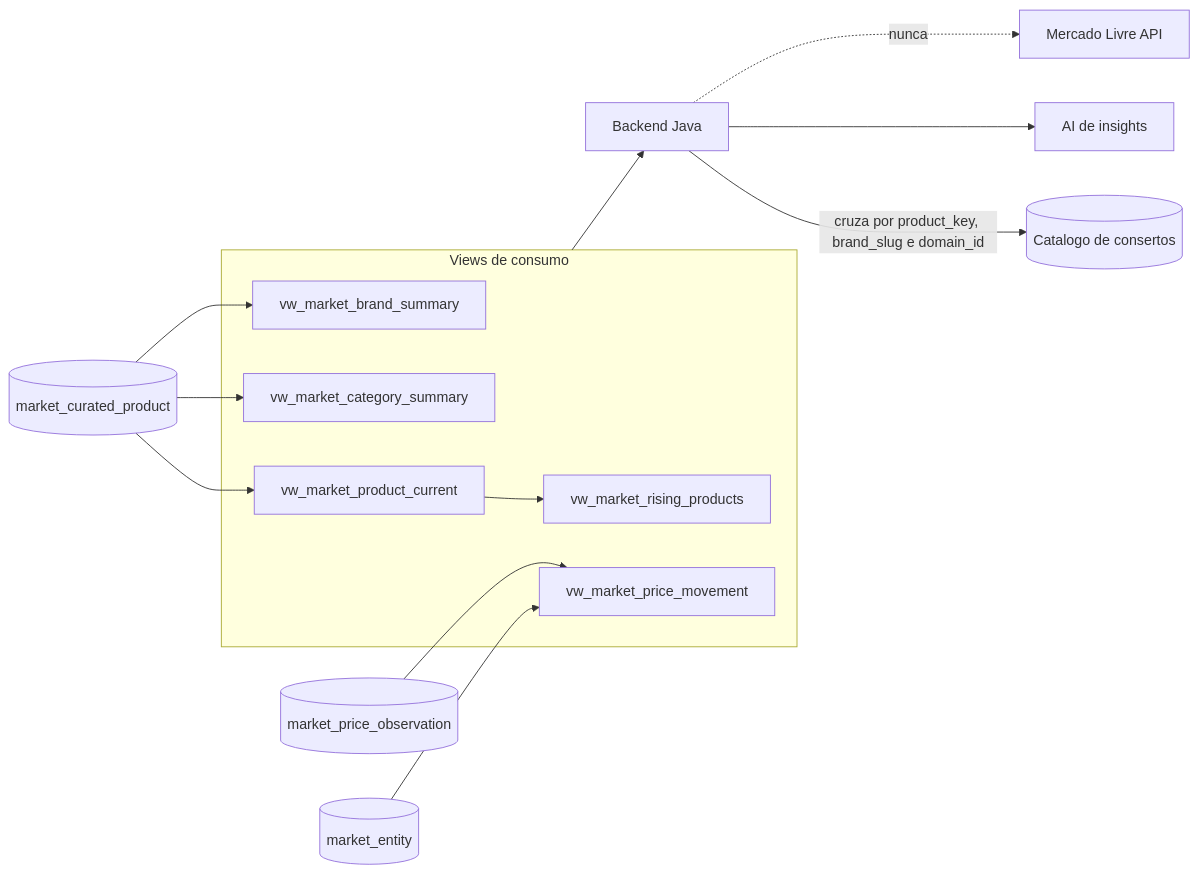
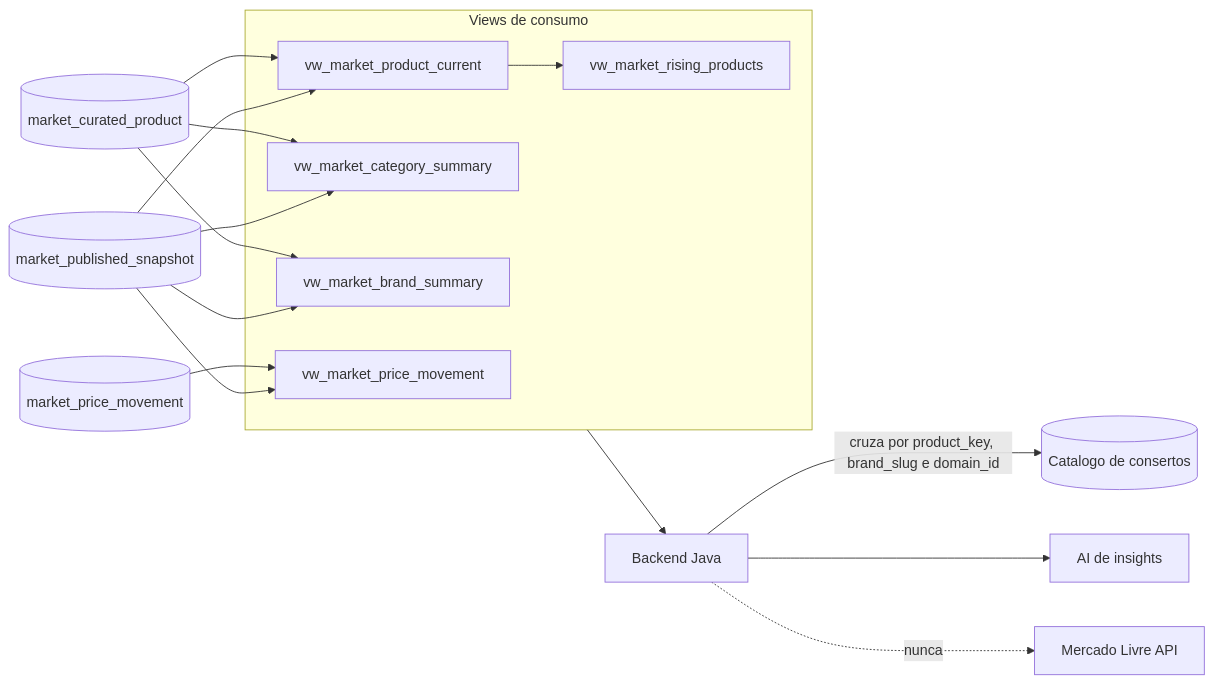
Before and after one commit to undercontroll-inc/etl: diagram 12 of 12 in README.md, drawn with Mermaid. The commit also changed other lines of this file and 3 other files, not shown here.

````diff
--- a/README.md
+++ b/README.md
@@ -564,22 +610,25 @@
 ```mermaid
 flowchart LR
     subgraph views [Views de consumo]
         V1["vw_market_product_current"]
         V2["vw_market_rising_products"]
         V3["vw_market_category_summary"]
         V4["vw_market_brand_summary"]
         V5["vw_market_price_movement"]
     end
 
+    Published[("market_published_snapshot")] --> V1
+    Published --> V3
+    Published --> V4
+    Published --> V5
     Curated[("market_curated_product")] --> V1
     Curated --> V3
     Curated --> V4
     V1 --> V2
-    Price[("market_price_observation")] --> V5
-    Entity[("market_entity")] --> V5
+    Movement[("market_price_movement")] --> V5
 
     views --> Java["Backend Java"]
     Java -->|"cruza por product_key, brand_slug e domain_id"| Repairs[("Catalogo de consertos")]
     Java --> AI["AI de insights"]
     Java -.->|"nunca"| ML["Mercado Livre API"]
 ```
````
